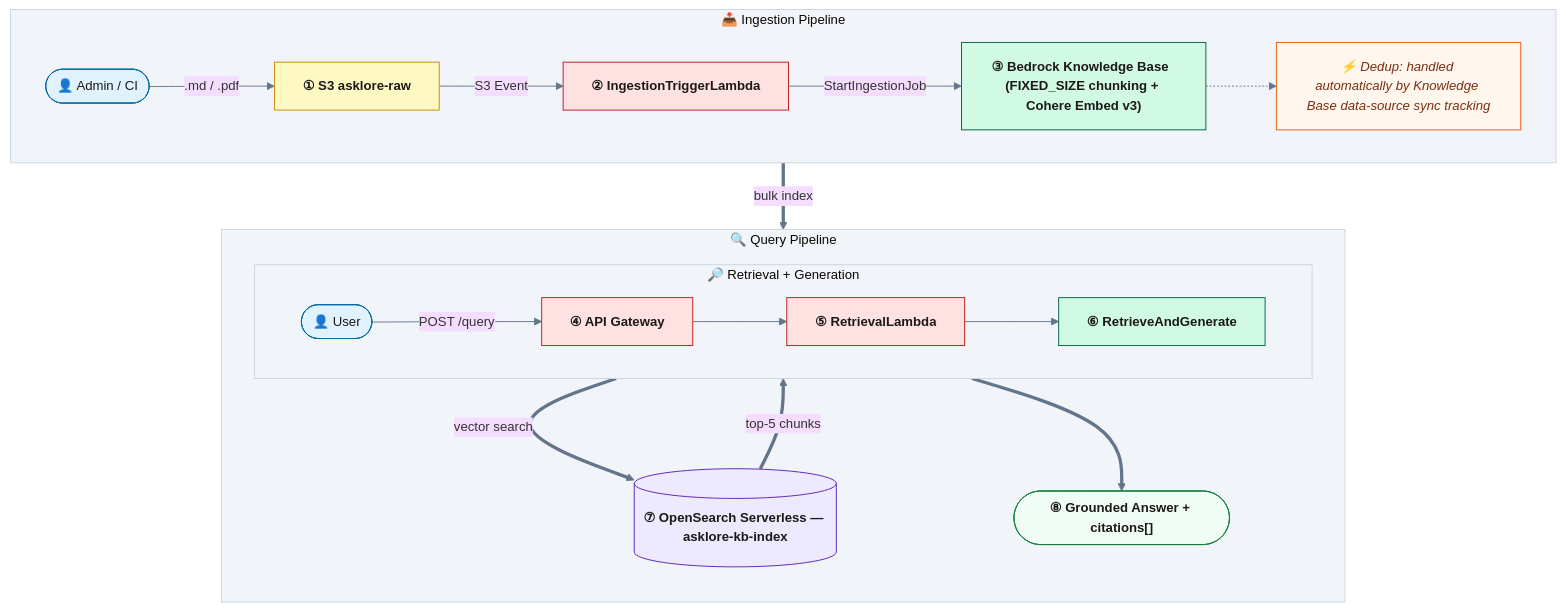
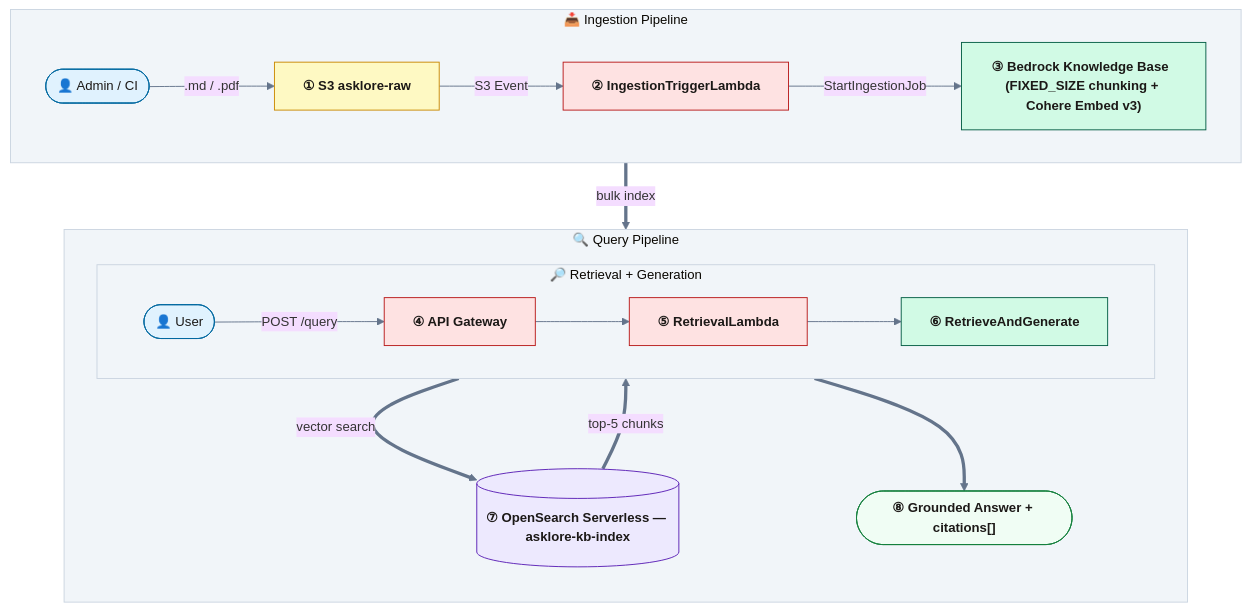
The diagram in README.md (Sunilrana1978/AskLore), drawn with Mermaid before and after one commit.

Commit message:
Remove dedup annotation node from architecture diagram

````diff
--- a/README.md
+++ b/README.md
@@ -9,42 +9,39 @@
 ```mermaid
 %%{init: {'theme': 'base', 'themeVariables': {'clusterBkg': '#F1F5F9', 'clusterBorder': '#CBD5E1', 'lineColor': '#64748B', 'fontSize': '14px'}}}%%
 flowchart TB
 
     classDef s3      fill:#FEF9C3,stroke:#CA8A04,color:#1C1917,font-weight:bold
     classDef lambda  fill:#FEE2E2,stroke:#B91C1C,color:#1C1917,font-weight:bold
     classDef bedrock fill:#D1FAE5,stroke:#065F46,color:#1C1917,font-weight:bold
     classDef os      fill:#EDE9FE,stroke:#5B21B6,color:#1C1917,font-weight:bold
     classDef person  fill:#E0F2FE,stroke:#0369A1,color:#1C1917
     classDef output  fill:#F0FDF4,stroke:#15803D,color:#1C1917,font-weight:bold
-    classDef note    fill:#FFF7ED,stroke:#EA580C,color:#7C2D12,font-style:italic
 
     subgraph ING["📥  Ingestion Pipeline"]
         direction LR
         UADM(["👤 Admin / CI"]):::person
         RAWB["① S3  asklore-raw"]:::s3
         TRIG["② IngestionTriggerLambda"]:::lambda
         KB["③ Bedrock Knowledge Base  (FIXED_SIZE chunking + Cohere Embed v3)"]:::bedrock
-        DEDUP["⚡ Dedup: handled automatically by Knowledge Base data-source sync tracking"]:::note
         UADM -->|.md / .pdf| RAWB -->|S3 Event| TRIG -->|StartIngestionJob| KB
-        KB -.-> DEDUP
     end
 
     subgraph QRY["🔍  Query Pipeline"]
         direction TB
         subgraph RET["🔎  Retrieval + Generation"]
             direction LR
             UQRY(["👤 User"]):::person
             APIG["④ API Gateway"]:::lambda
             RLMB["⑤ RetrievalLambda"]:::lambda
             RAG["⑥ RetrieveAndGenerate"]:::bedrock
             UQRY -->|POST /query| APIG --> RLMB --> RAG
         end
         OSLS[("⑦ OpenSearch Serverless — asklore-kb-index")]:::os
         GOUT(["⑧ Grounded Answer + citations[]"]):::output
         RAG ==>|vector search| OSLS
         OSLS ==>|top-5 chunks| RAG
         RAG ==> GOUT
     end
 
     KB ==>|bulk index| OSLS
 ```
````
